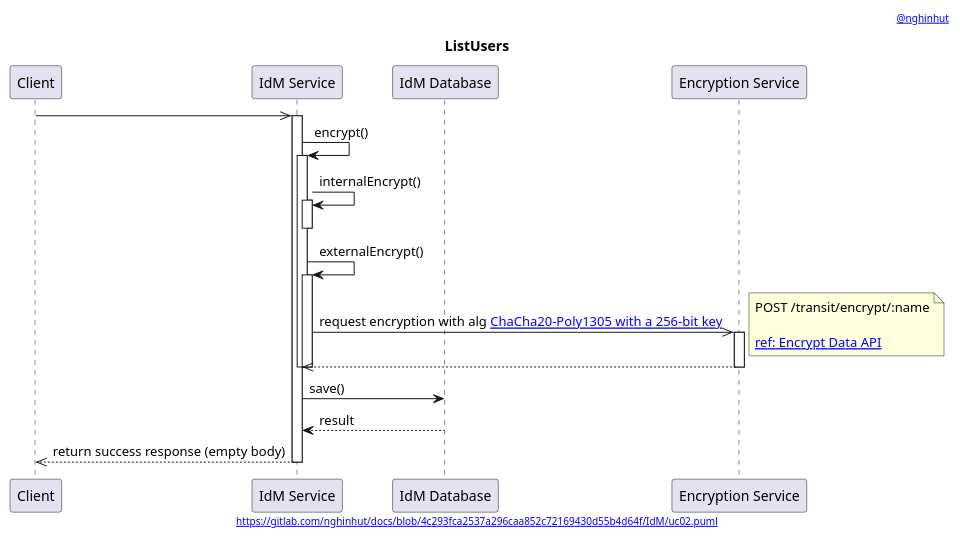
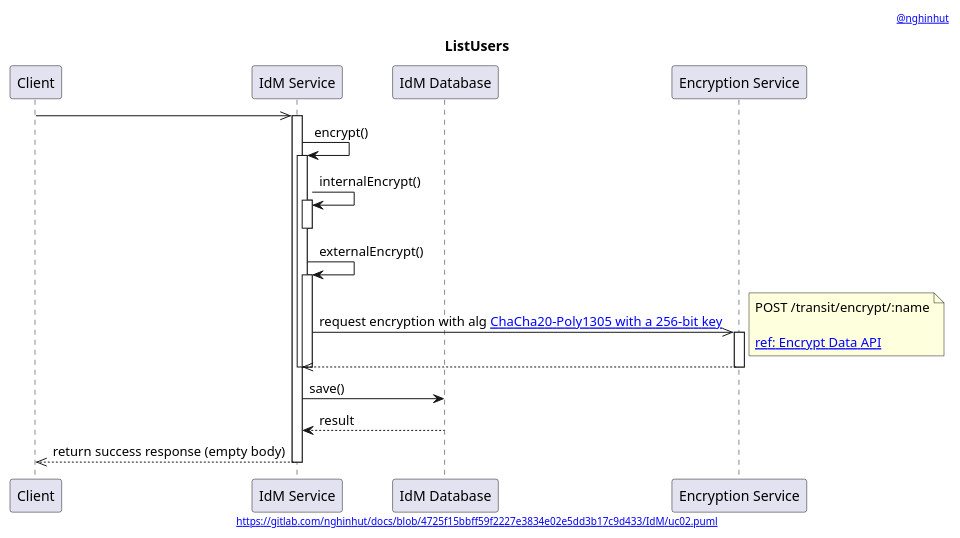
One commit to nghinhut/docs changed the diagram in IdM/uc02.sequence.puml. Above: the diagram before and after it, drawn with PlantUML. The commit also changed 18 other files, not shown here.

Commit message:
Update diagrams

```diff
--- a/IdM/uc02.sequence.puml
+++ b/IdM/uc02.sequence.puml
@@ -1,43 +1,43 @@
 @startuml
 '-----START auto generated metadata please keep comment here to allow auto update-----
 '-----DON'T EDIT THIS SECTION, INSTEAD RE-RUN prebuild.sh TO UPDATE-----
 header [[mailto:nghinhut@gmail.com @nghinhut]]
-footer [[https://gitlab.com/nghinhut/docs/blob/4c293fca2537a296caa852c72169430d55b4d64f/IdM/uc02.puml]]
+footer [[http://www.plantuml.com/plantuml/proxy?fmt=svg&src=https://gitlab.com/nghinhut/docs/raw/4725f15bbff59f2227e3834e02e5dd3b17c9d433/IdM/uc02.puml https://gitlab.com/nghinhut/docs/blob/4725f15bbff59f2227e3834e02e5dd3b17c9d433/IdM/uc02.puml]]
 '-----END auto generated metadata please keep comment here to allow auto update-----
 title ListUsers
 
 participant "Client" as client
 participant "IdM Service" as idm
 participant "IdM Database" as db
 participant "Encryption Service" as es
 
 client ->> idm
 activate idm
 
 idm -> idm : encrypt()
 activate idm
 idm -> idm : internalEncrypt()
 activate idm
 deactivate idm
 
 idm -> idm : externalEncrypt()
 activate idm
 idm ->> es : request encryption with alg [[https://www.vaultproject.io/docs/secrets/transit/index.html#chacha20-poly1305 ChaCha20-Poly1305 with a 256-bit key]]
 note right
     POST /transit/encrypt/:name
 
     [[https://www.vaultproject.io/api/secret/transit/index.html#encrypt-data ref: Encrypt Data API]]
 end note
 activate es
 idm <<-- es
 deactivate es
 deactivate idm
 deactivate idm
 
 idm -> db : save()
 idm <-- db : result
 
 client <<-- idm : return success response (empty body)
 deactivate idm
 
 @enduml
```
